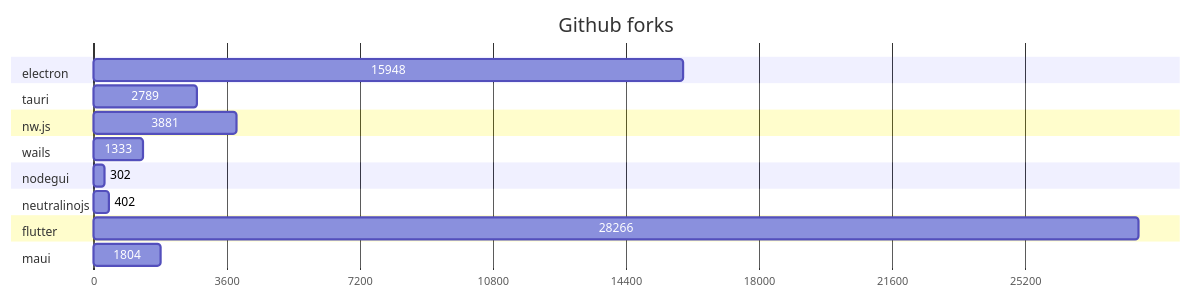
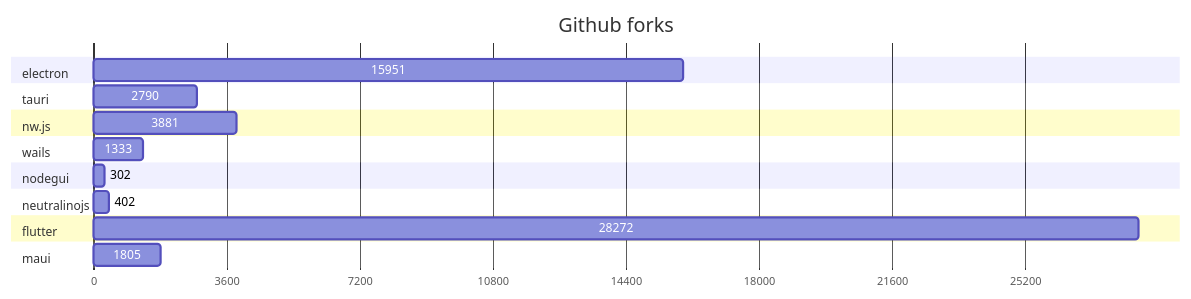
Before and after one commit to Elanis/web-to-desktop-framework-comparison: the second of 2 diagrams in GRAPHS.md, drawn with Mermaid. The commit also changed other lines of this file and 2 other files, not shown here.

````diff
--- a/GRAPHS.md
+++ b/GRAPHS.md
@@ -47,40 +47,40 @@
 ```mermaid
 gantt
     title Github forks
     dateFormat  X
     axisFormat %s
 
 
 	section electron
-	15948 : 0, 15948
+	15951 : 0, 15951
 
 	
 	section tauri
-	2789 : 0, 2789
+	2790 : 0, 2790
 
 	
 	section nw.js
 	3881 : 0, 3881
 
 	
 	section wails
 	1333 : 0, 1333
 
 	
 	section nodegui
 	302 : 0, 302
 
 	
 	section neutralinojs
 	402 : 0, 402
 
 	
 	section flutter
-	28266 : 0, 28266
+	28272 : 0, 28272
 
 	
 	section maui
-	1804 : 0, 1804
+	1805 : 0, 1805
 
 	
 ```
````
